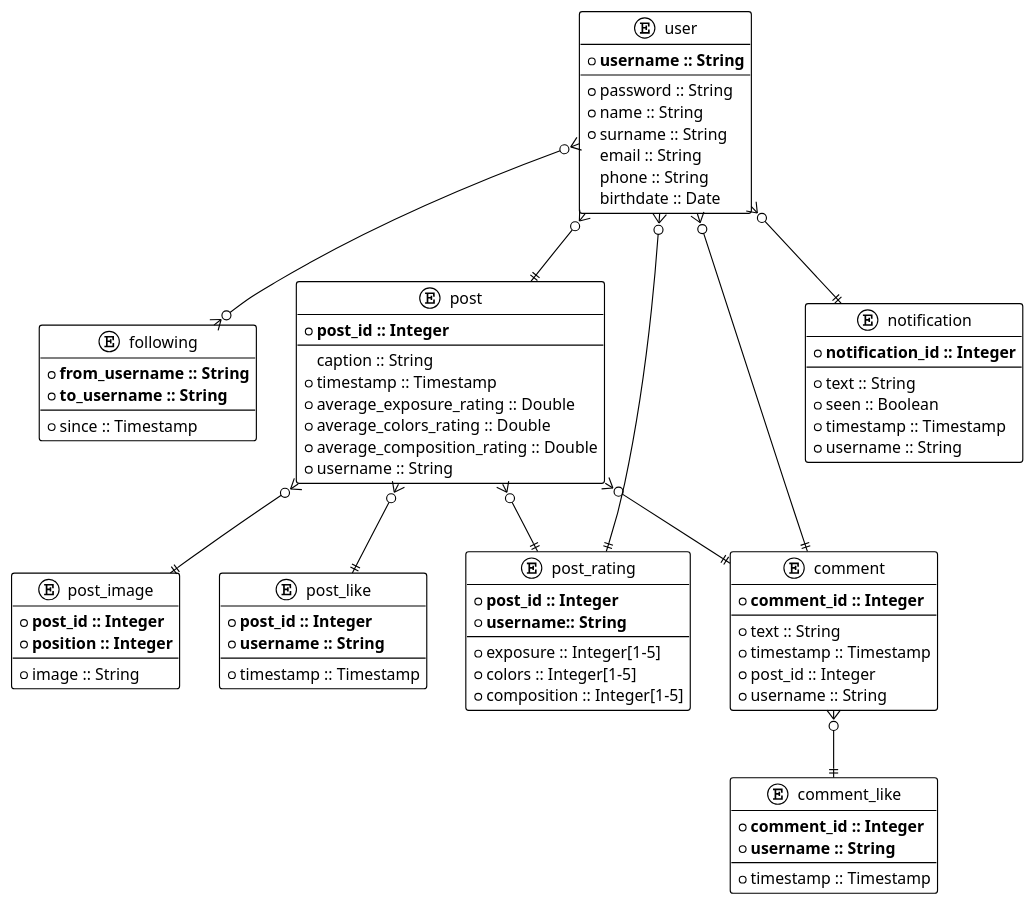
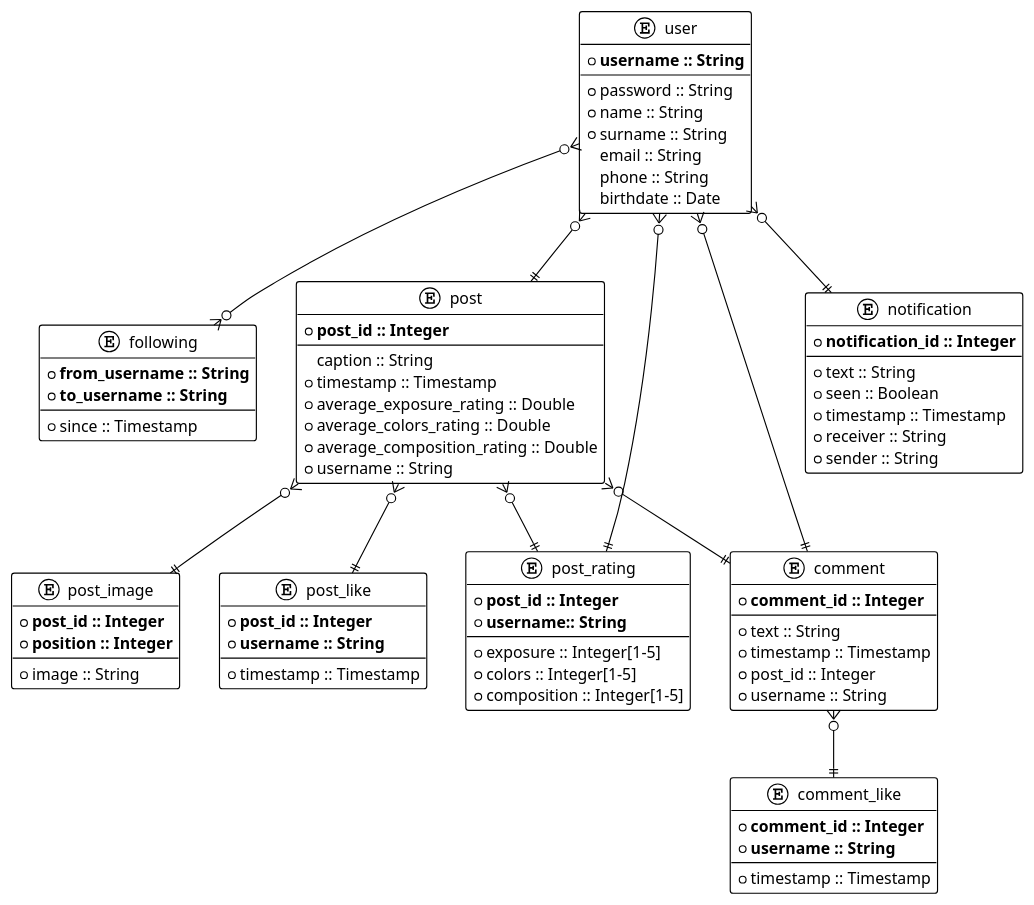
Before and after one commit to ValentinaPieri/lipho: the diagram in db_project/er.plantuml, drawn with PlantUML. The commit also changed 5 other files, not shown here.

```diff
--- a/db_project/er.plantuml
+++ b/db_project/er.plantuml
@@ -1,92 +1,93 @@
 @startuml Lipho DB ER Diagram
 !theme plain
 
 entity user {
     * **username :: String**
     --
     * password :: String
     * name :: String
     * surname :: String
     email :: String
     phone :: String
     birthdate :: Date
 }
 
 entity following {
     * **from_username :: String**
     * **to_username :: String**
     --
     * since :: Timestamp
 }
 
 entity post {
     * **post_id :: Integer**
     --
     caption :: String
     * timestamp :: Timestamp
     * average_exposure_rating :: Double
     * average_colors_rating :: Double
     * average_composition_rating :: Double
     * username :: String
 }
 
 entity post_image {
     * **post_id :: Integer**
     * **position :: Integer**
     --
     * image :: String
 }
 
 entity post_like {
     * **post_id :: Integer**
     * **username :: String**
     --
     * timestamp :: Timestamp
 }
 
 entity post_rating {
     * **post_id :: Integer**
     * **username:: String**
     --
     * exposure :: Integer[1-5]
     * colors :: Integer[1-5]
     * composition :: Integer[1-5]
 }
 
 entity comment {
     * **comment_id :: Integer**
     --
     * text :: String
     * timestamp :: Timestamp
     * post_id :: Integer
     * username :: String
 }
 
 entity comment_like {
     * **comment_id :: Integer**
     * **username :: String**
     --
     * timestamp :: Timestamp
 }
 
 entity notification {
     * **notification_id :: Integer**
     --
     * text :: String
     * seen :: Boolean
     * timestamp :: Timestamp
-    * username :: String
+    * receiver :: String
+    * sender :: String
 }
 
 user }o--o{ following
 user }o--|| post
 user }o--|| notification
 post }o--|| post_image
 post }o--|| post_rating
 post }o--|| comment
 post }o--|| post_like
 post_rating ||--o{ user
 comment ||--o{ user
 comment }o--|| comment_like
 
 @enduml
```
